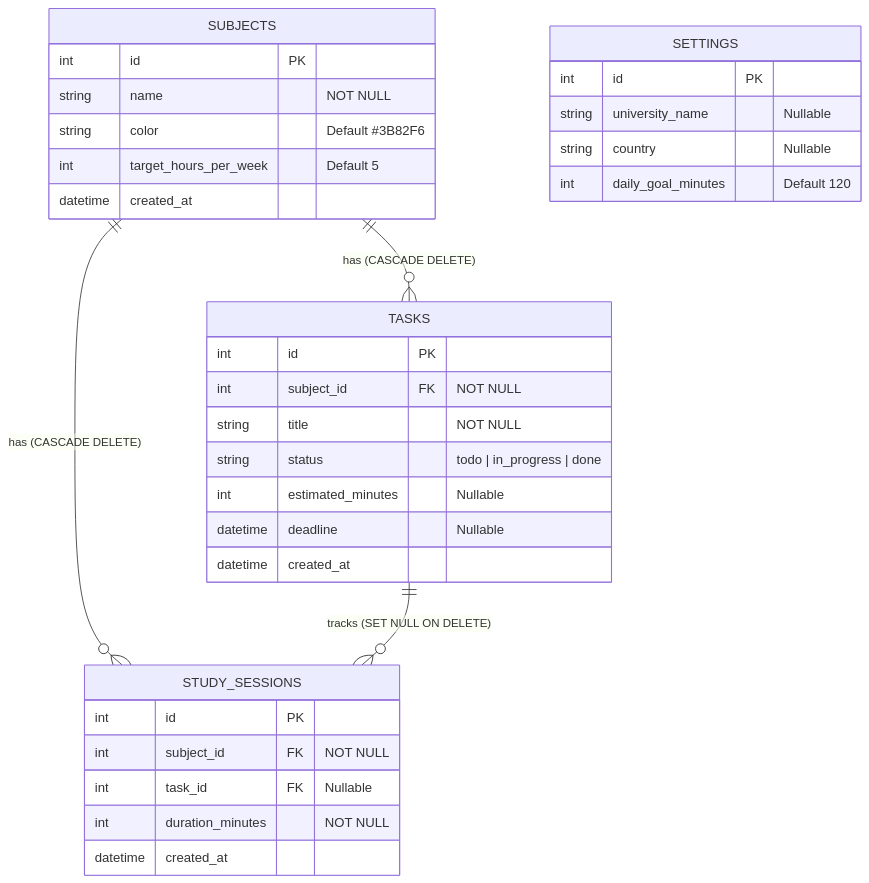
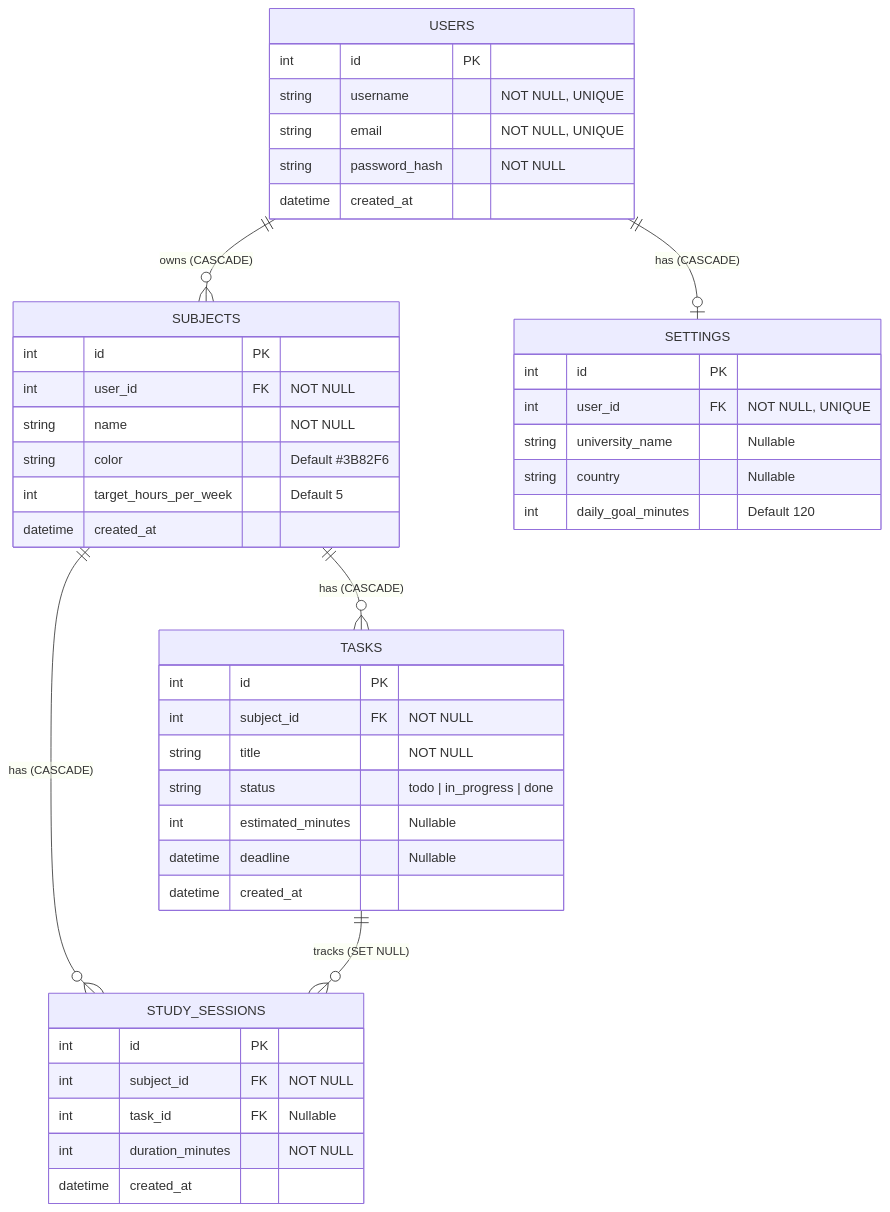
One commit to p1e32/study-analytics-hub changed the diagram in README.md. Above: the diagram before and after it, drawn with Mermaid. The commit also changed 12 other files, not shown here.

````diff
--- a/README.md
+++ b/README.md
@@ -6,40 +6,51 @@
 ```mermaid
 erDiagram
-    SUBJECTS ||--o{ TASKS : "has (CASCADE DELETE)"
-    SUBJECTS ||--o{ STUDY_SESSIONS : "has (CASCADE DELETE)"
-    TASKS ||--o{ STUDY_SESSIONS : "tracks (SET NULL ON DELETE)"
+    USERS ||--o{ SUBJECTS : "owns (CASCADE)"
+    USERS ||--o| SETTINGS : "has (CASCADE)"
+    SUBJECTS ||--o{ TASKS : "has (CASCADE)"
+    SUBJECTS ||--o{ STUDY_SESSIONS : "has (CASCADE)"
+    TASKS ||--o{ STUDY_SESSIONS : "tracks (SET NULL)"
+
+    USERS {
+        int id PK
+        string username "NOT NULL, UNIQUE"
+        string email "NOT NULL, UNIQUE"
+        string password_hash "NOT NULL"
+        datetime created_at
+    }
+
+    SETTINGS {
+        int id PK
+        int user_id FK "NOT NULL, UNIQUE"
+        string university_name "Nullable"
+        string country "Nullable"
+        int daily_goal_minutes "Default 120"
+    }
 
     SUBJECTS {
         int id PK
+        int user_id FK "NOT NULL"
         string name "NOT NULL"
         string color "Default #3B82F6"
         int target_hours_per_week "Default 5"
         datetime created_at
     }
 
     TASKS {
         int id PK
         int subject_id FK "NOT NULL"
         string title "NOT NULL"
         string status "todo | in_progress | done"
         int estimated_minutes "Nullable"
         datetime deadline "Nullable"
         datetime created_at
     }
 
     STUDY_SESSIONS {
         int id PK
         int subject_id FK "NOT NULL"
         int task_id FK "Nullable"
         int duration_minutes "NOT NULL"
         datetime created_at
     }
-
-    SETTINGS {
-        int id PK
-        string university_name "Nullable"
-        string country "Nullable"
-        int daily_goal_minutes "Default 120"
-    }
-
 ```
````
